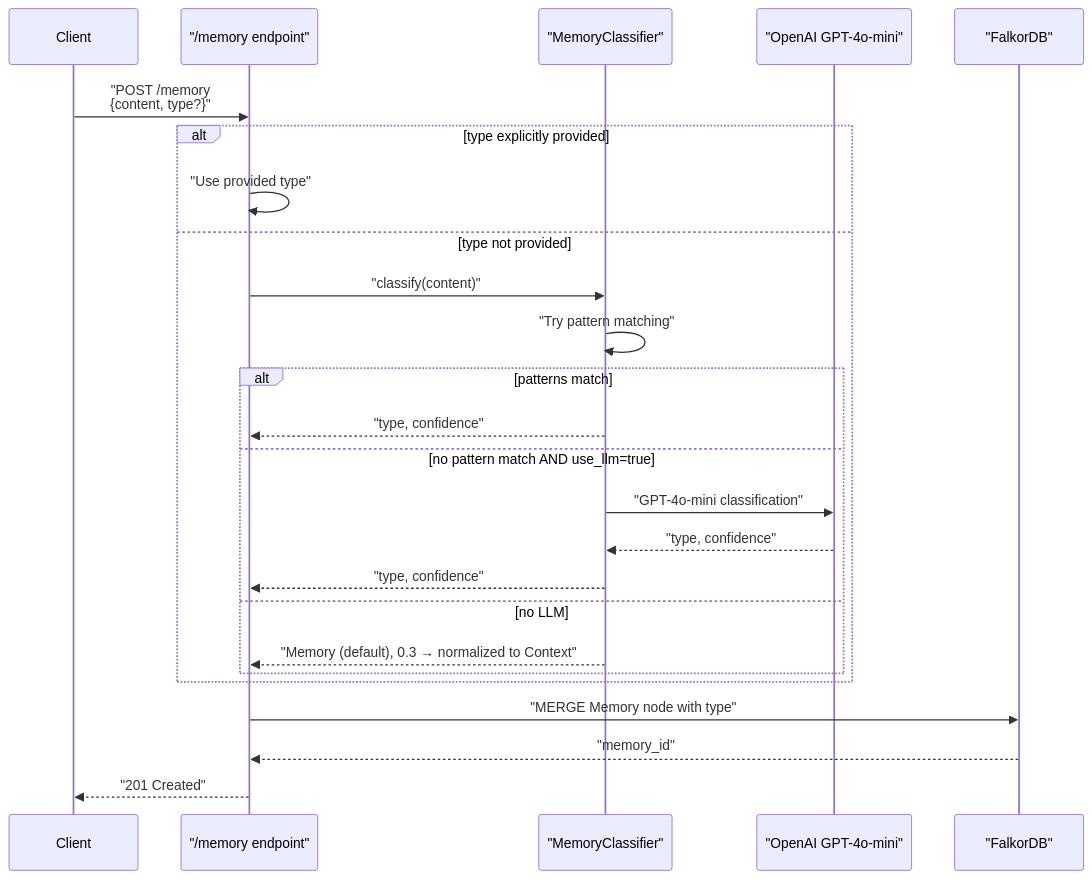
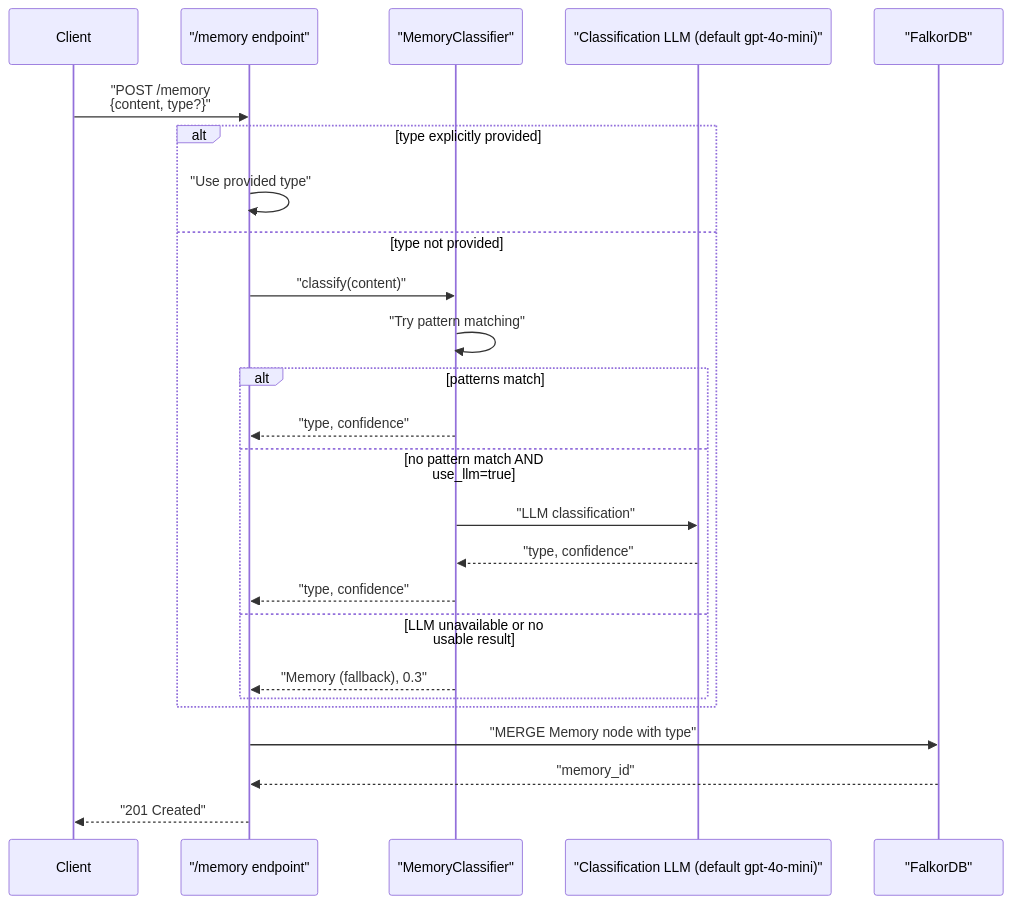
One commit to verygoodplugins/automem-website changed the fourth of 6 diagrams in src/content/docs/docs/core-concepts/memory-model.md. Above: the diagram before and after it, drawn with Mermaid. The commit also changed other lines of this file and 1 other file, not shown here.

First line of the commit message:
docs: align memory model with AutoMem 0.16.2 recall, embedding, and classification behavior (#398)

````diff
--- a/src/content/docs/docs/core-concepts/memory-model.md
+++ b/src/content/docs/docs/core-concepts/memory-model.md
@@ -229,32 +232,32 @@
 ```mermaid
 sequenceDiagram
     participant Client
     participant API as "/memory endpoint"
     participant Classifier as "MemoryClassifier"
-    participant OpenAI as "OpenAI GPT-4o-mini"
+    participant OpenAI as "Classification LLM (default gpt-4o-mini)"
     participant Falkor as "FalkorDB"
 
     Client->>API: "POST /memory<br/>{content, type?}"
 
     alt type explicitly provided
         API->>API: "Use provided type"
     else type not provided
         API->>Classifier: "classify(content)"
 
         Classifier->>Classifier: "Try pattern matching"
 
         alt patterns match
             Classifier-->>API: "type, confidence"
         else no pattern match AND use_llm=true
-            Classifier->>OpenAI: "GPT-4o-mini classification"
+            Classifier->>OpenAI: "LLM classification"
             OpenAI-->>Classifier: "type, confidence"
             Classifier-->>API: "type, confidence"
-        else no LLM
-            Classifier-->>API: "Memory (default), 0.3 → normalized to Context"
+        else LLM unavailable or no usable result
+            Classifier-->>API: "Memory (fallback), 0.3"
         end
     end
 
     API->>Falkor: "MERGE Memory node with type"
     Falkor-->>API: "memory_id"
     API-->>Client: "201 Created"
 ```
````
